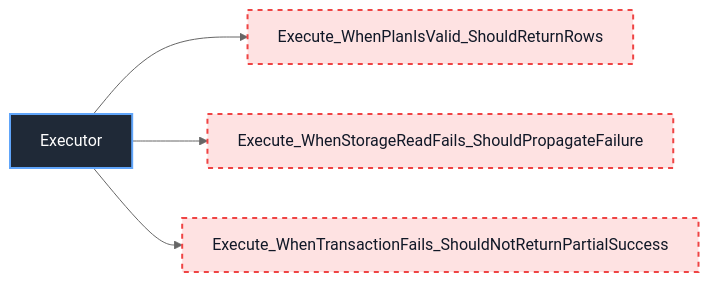
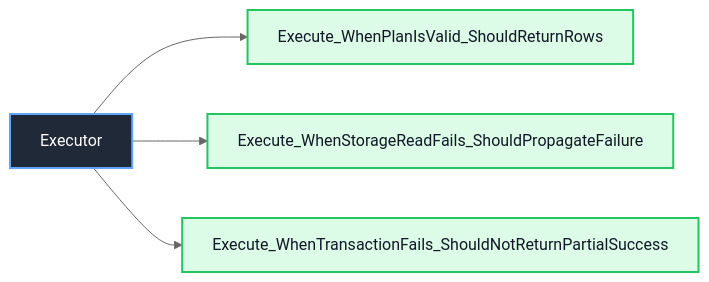
One commit to manaxpow/DBMS changed diagram 29 of 31 in docs/unit-test/README.md. Above: the diagram before and after it, drawn with Mermaid (neutral theme). The commit also changed other lines of this file and 9 other files, not shown here.

Commit message:
Update sequence and class diagram for query processor

````diff
--- a/docs/unit-test/README.md
+++ b/docs/unit-test/README.md
@@ -595,15 +639,15 @@
 ```mermaid
 flowchart LR
     Class_Executor["Executor"]
 
     Class_Executor --> EXE_001["Execute_WhenPlanIsValid_ShouldReturnRows"]
     Class_Executor --> EXE_002["Execute_WhenStorageReadFails_ShouldPropagateFailure"]
     Class_Executor --> EXE_003["Execute_WhenTransactionFails_ShouldNotReturnPartialSuccess"]
 
     classDef classNode fill:#1f2937,stroke:#60a5fa,color:#ffffff,stroke-width:2px
     classDef completedTest fill:#dcfce7,stroke:#22c55e,color:#111827,stroke-width:2px
     classDef missingTest fill:#fee2e2,stroke:#ef4444,color:#111827,stroke-width:2px,stroke-dasharray: 5 5
 
     class Class_Executor classNode
-    class EXE_001,EXE_002,EXE_003 missingTest
+    class EXE_001,EXE_002,EXE_003 completedTest
 ```
````
